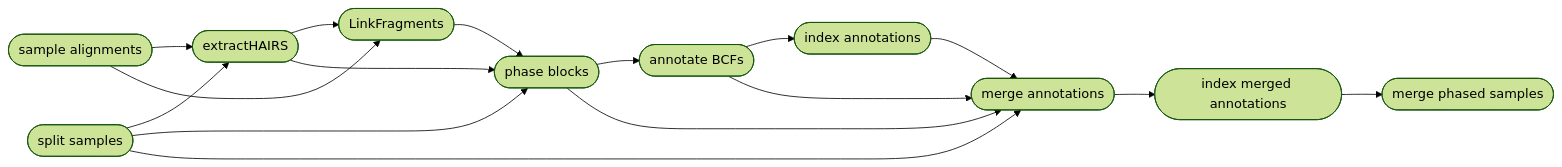
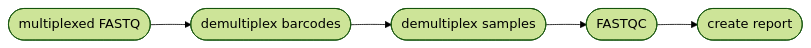
One commit to pdimens/harpy changed the diagram in Modules/demultiplex.md. Above: the diagram before and after it, drawn with Mermaid (forest theme). The commit also changed other lines of this file and 13 other files, not shown here.

````diff
--- a/Modules/demultiplex.md
+++ b/Modules/demultiplex.md
@@ -60,18 +72,7 @@
 ```mermaid
 graph LR
-    A([split samples]) --> B([extractHAIRS])
-    B-->C([LinkFragments])
-    Z([sample alignments]) --> B
-    Z-->C
-    C-->D([phase blocks])
-    B-->D
-    A-->D
-    D-->E([annotate BCFs])
-    E-->F([index annotations])
-    F-->G([merge annotations])
-    E-->G
-    A-->G
-    D-->G
-    G-->H([index merged annotations])
-    H-->I([merge phased samples])
+    A([multiplexed FASTQ]) --> B([demultiplex barcodes])
+    B-->C([demultiplex samples])
+    C-->D([FASTQC])
+    D-->E([create report])
 ```
````
